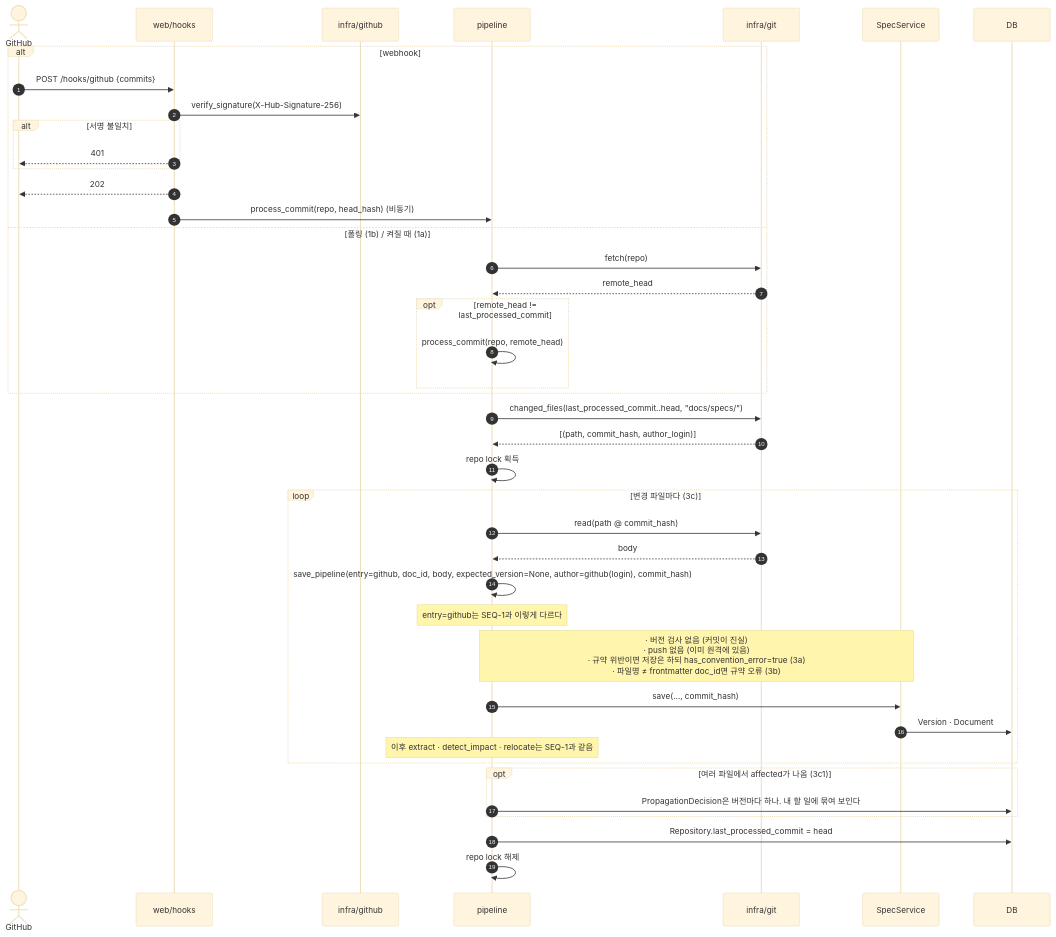
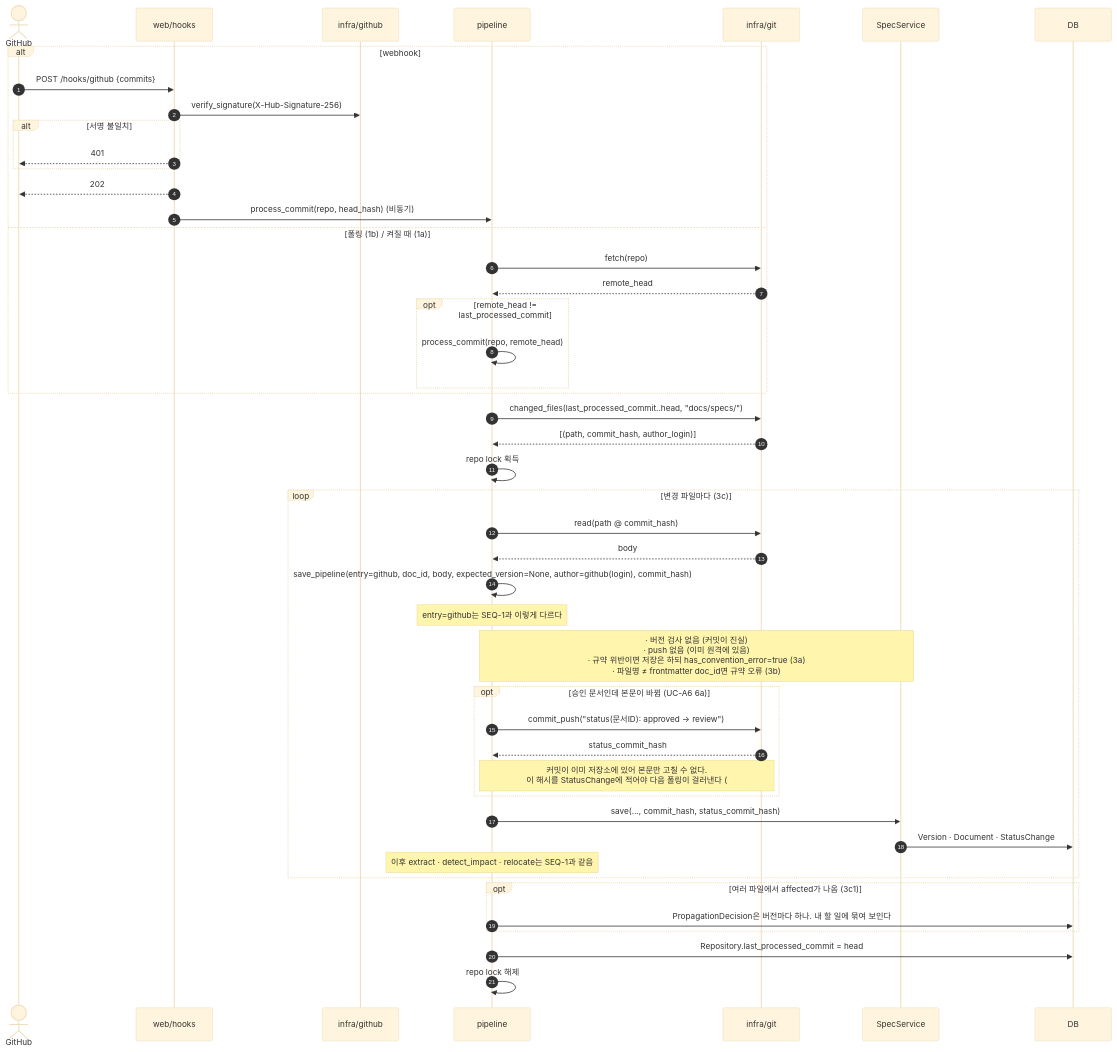
One commit to HoyoungParkme/syncdoc changed the second of 23 diagrams in docs/specs/09-SEQ/SYNC-SEQ-001.md. Above: the diagram before and after it, drawn with Mermaid (base theme). The commit also changed 14 other files, not shown here.

````diff
--- a/docs/specs/09-SEQ/SYNC-SEQ-001.md
+++ b/docs/specs/09-SEQ/SYNC-SEQ-001.md
@@ -211,46 +211,51 @@
 ```mermaid
 sequenceDiagram
     autonumber
     actor GH as GitHub
     participant H as web/hooks
     participant GHI as infra/github
     participant P as pipeline
     participant G as infra/git
     participant S as SpecService
     participant DB
 
     alt webhook
         GH->>H: POST /hooks/github {commits}
         H->>GHI: verify_signature(X-Hub-Signature-256)
         alt 서명 불일치
             H-->>GH: 401
         end
         H-->>GH: 202
         H->>P: process_commit(repo, head_hash) (비동기)
     else 폴링 (1b) / 켜질 때 (1a)
         P->>G: fetch(repo)
         G-->>P: remote_head
         opt remote_head != last_processed_commit
             P->>P: process_commit(repo, remote_head)
         end
     end
 
     P->>G: changed_files(last_processed_commit..head, "docs/specs/")
     G-->>P: [(path, commit_hash, author_login)]
     P->>P: repo lock 획득
     loop 변경 파일마다 (3c)
         P->>G: read(path @ commit_hash)
         G-->>P: body
         P->>P: save_pipeline(entry=github, doc_id, body, expected_version=None, author=github(login), commit_hash)
         Note over P: entry=github는 SEQ-1과 이렇게 다르다
         Note over P,S: · 버전 검사 없음 (커밋이 진실)<br/>· push 없음 (이미 원격에 있음)<br/>· 규약 위반이면 저장은 하되 has_convention_error=true (3a)<br/>· 파일명 ≠ frontmatter doc_id면 규약 오류 (3b)
-        P->>S: save(…, commit_hash)
-        S->>DB: Version · Document
+        opt 승인 문서인데 본문이 바뀜 (UC-A6 6a)
+            P->>G: commit_push("status(문서ID): approved → review")
+            G-->>P: status_commit_hash
+            Note over P,G: 커밋이 이미 저장소에 있어 본문만 고칠 수 없다.<br/>이 해시를 StatusChange에 적어야 다음 폴링이 걸러낸다 (#58)
+        end
+        P->>S: save(…, commit_hash, status_commit_hash)
+        S->>DB: Version · Document · StatusChange
         Note over P: 이후 extract · detect_impact · relocate는 SEQ-1과 같음
     end
     opt 여러 파일에서 affected가 나옴 (3c1)
         P->>DB: PropagationDecision은 버전마다 하나. 내 할 일에 묶여 보인다
     end
     P->>DB: Repository.last_processed_commit = head
     P->>P: repo lock 해제
 ```
````
